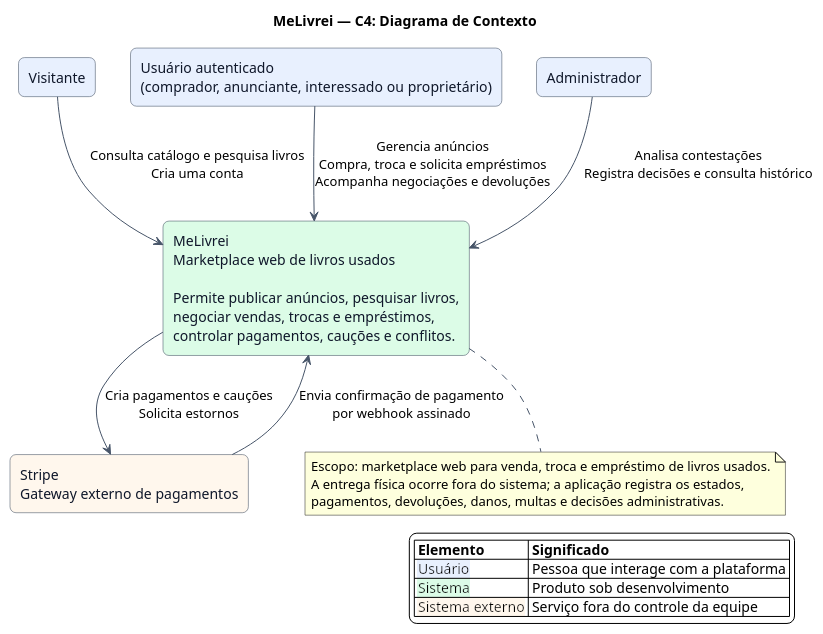
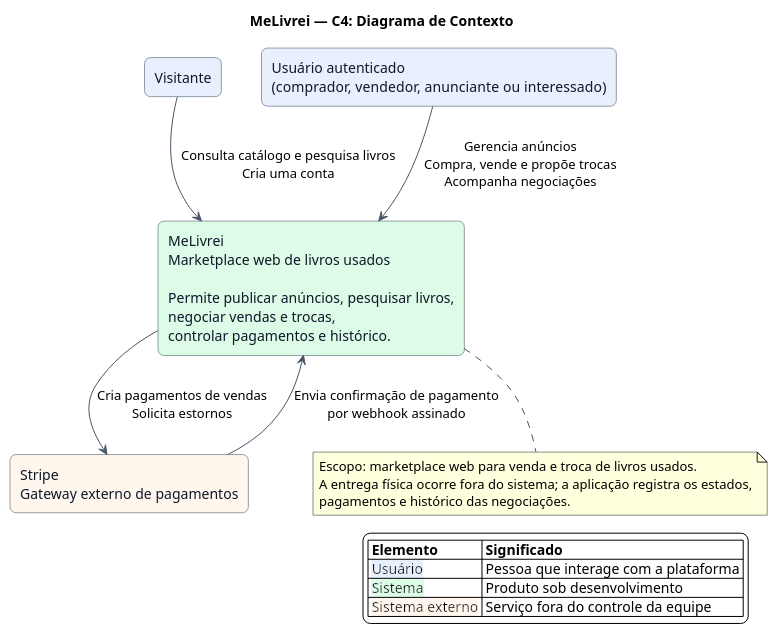
The diagram in docs/arquitetura/c4-contexto.puml (BuysCode/melivrei), drawn with PlantUML before and after one commit. The commit also changed 43 other files, not shown here.

```diff
--- a/docs/arquitetura/c4-contexto.puml
+++ b/docs/arquitetura/c4-contexto.puml
@@ -1,42 +1,40 @@
 @startuml c4-contexto
 
 title MeLivrei — C4: Diagrama de Contexto
 
 skinparam backgroundColor #FFFFFF
 skinparam shadowing false
 skinparam defaultFontName Arial
 skinparam ArrowColor #475569
 skinparam rectangle {
     BorderColor #334155
     FontColor #0F172A
     RoundCorner 12
 }
 
 rectangle "Visitante" as visitante #E8F0FE
-rectangle "Usuário autenticado\n(comprador, anunciante, interessado ou proprietário)" as usuario #E8F0FE
-rectangle "Administrador" as admin #E8F0FE
+rectangle "Usuário autenticado\n(comprador, vendedor, anunciante ou interessado)" as usuario #E8F0FE
 
-rectangle "MeLivrei\nMarketplace web de livros usados\n\nPermite publicar anúncios, pesquisar livros,\nnegociar vendas, trocas e empréstimos,\ncontrolar pagamentos, cauções e conflitos." as sistema #DCFCE7
+rectangle "MeLivrei\nMarketplace web de livros usados\n\nPermite publicar anúncios, pesquisar livros,\nnegociar vendas e trocas,\ncontrolar pagamentos e histórico." as sistema #DCFCE7
 
 rectangle "Stripe\nGateway externo de pagamentos" as stripe #FFF7ED
 
 visitante --> sistema : Consulta catálogo e pesquisa livros\nCria uma conta
-usuario --> sistema : Gerencia anúncios\nCompra, troca e solicita empréstimos\nAcompanha negociações e devoluções
-admin --> sistema : Analisa contestações\nRegistra decisões e consulta histórico
-sistema --> stripe : Cria pagamentos e cauções\nSolicita estornos
+usuario --> sistema : Gerencia anúncios\nCompra, vende e propõe trocas\nAcompanha negociações
+sistema --> stripe : Cria pagamentos de vendas\nSolicita estornos
 stripe --> sistema : Envia confirmação de pagamento\npor webhook assinado
 
 legend right
     |= Elemento |= Significado |
     | <back:#E8F0FE>Usuário</back> | Pessoa que interage com a plataforma |
     | <back:#DCFCE7>Sistema</back> | Produto sob desenvolvimento |
     | <back:#FFF7ED>Sistema externo</back> | Serviço fora do controle da equipe |
 endlegend
 
 note bottom of sistema
-    Escopo: marketplace web para venda, troca e empréstimo de livros usados.
+    Escopo: marketplace web para venda e troca de livros usados.
     A entrega física ocorre fora do sistema; a aplicação registra os estados,
-    pagamentos, devoluções, danos, multas e decisões administrativas.
+    pagamentos e histórico das negociações.
 end note
 
 @enduml
```
